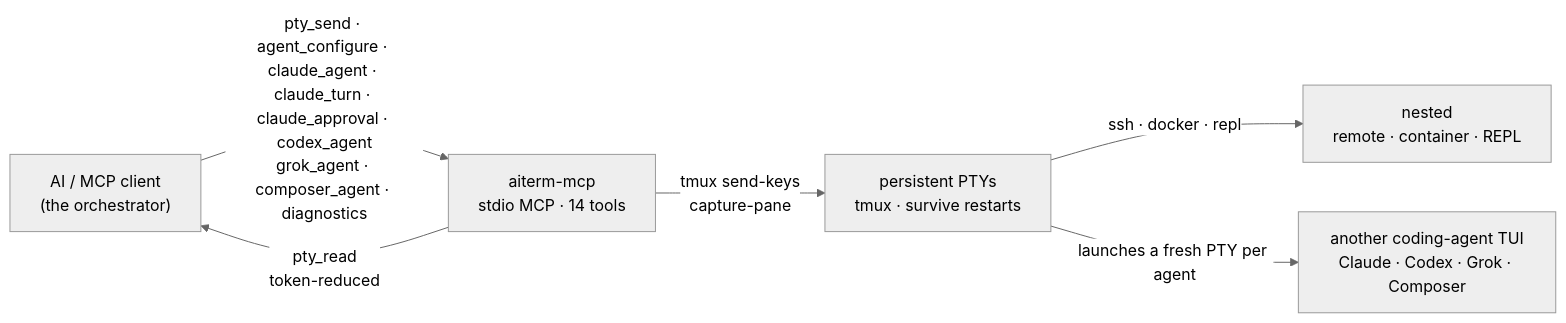
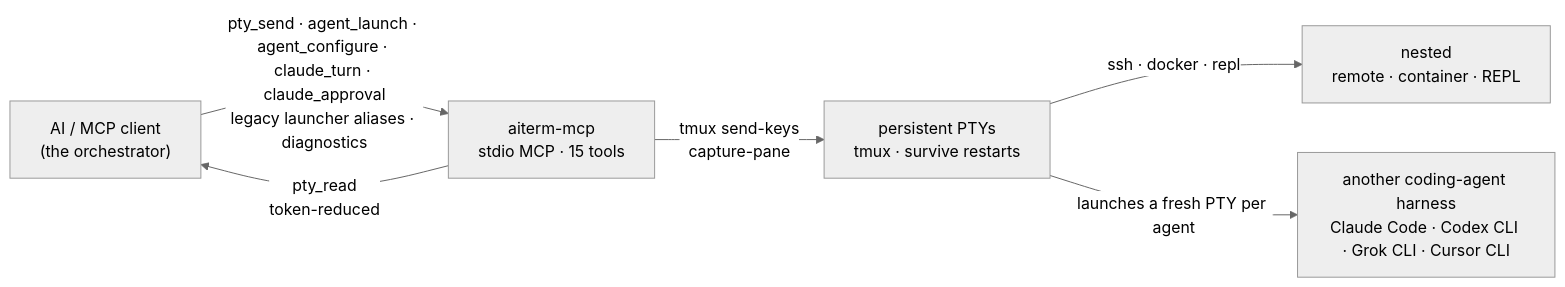
Before and after one commit to kitepon-rgb/aiterm-mcp: the diagram in README.md, drawn with Mermaid (neutral theme). The commit also changed other lines of this file and 35 other files, not shown here.

````diff
--- a/README.md
+++ b/README.md
@@ -341,8 +343,8 @@
 ```mermaid
 flowchart LR
-    AI["AI / MCP client<br/>(the orchestrator)"] -->|"pty_send · agent_configure · claude_agent · claude_turn · claude_approval · codex_agent<br/>grok_agent · composer_agent · diagnostics"| S["aiterm-mcp<br/>stdio MCP · 14 tools"]
+    AI["AI / MCP client<br/>(the orchestrator)"] -->|"pty_send · agent_launch · agent_configure · claude_turn · claude_approval<br/>legacy launcher aliases · diagnostics"| S["aiterm-mcp<br/>stdio MCP · 15 tools"]
     S -->|"pty_read<br/>token-reduced"| AI
     S -->|"tmux send-keys<br/>capture-pane"| P["persistent PTYs<br/>tmux · survive restarts"]
     P -->|"ssh · docker · repl"| R["nested<br/>remote · container · REPL"]
-    P -->|"launches a fresh PTY per agent"| A["another coding-agent TUI<br/>Claude · Codex · Grok · Composer"]
+    P -->|"launches a fresh PTY per agent"| A["another coding-agent harness<br/>Claude Code · Codex CLI · Grok CLI · Cursor CLI"]
 ```
````
